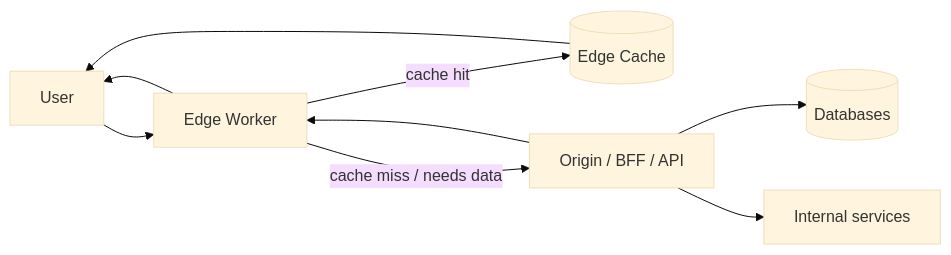
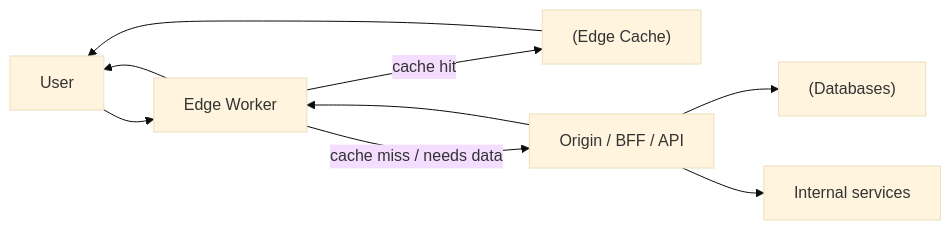
One commit to DDoSKudya/ai-study-atlas changed the first of 2 diagrams in directions/architecture/pact/34_sovremennye_napravleniya/01_34_1_edge_i_periferiynye_vychisleniya.md. Above: the diagram before and after it, drawn with Mermaid (base theme). The commit also changed 322 other files, not shown here.

Commit message:
fix(docs): make mermaid diagrams GitHub-compatible across directions content

````diff
--- a/directions/architecture/pact/34_sovremennye_napravleniya/01_34_1_edge_i_periferiynye_vychisleniya.md
+++ b/directions/architecture/pact/34_sovremennye_napravleniya/01_34_1_edge_i_periferiynye_vychisleniya.md
@@ -143,11 +143,11 @@
 ```mermaid
 flowchart LR
-  U[User] --> E[Edge Worker]
-  E -->|cache hit| C[(Edge Cache)]
+  U["User"] --> E["Edge Worker"]
+  E -->|cache hit| C["(Edge Cache)"]
   C --> U
-  E -->|cache miss / needs data| O[Origin / BFF / API]
-  O --> DB[(Databases)]
-  O --> S[Internal services]
+  E -->|cache miss / needs data| O["Origin / BFF / API"]
+  O --> DB["(Databases)"]
+  O --> S["Internal services"]
   O --> E
   E --> U
 ```
````
